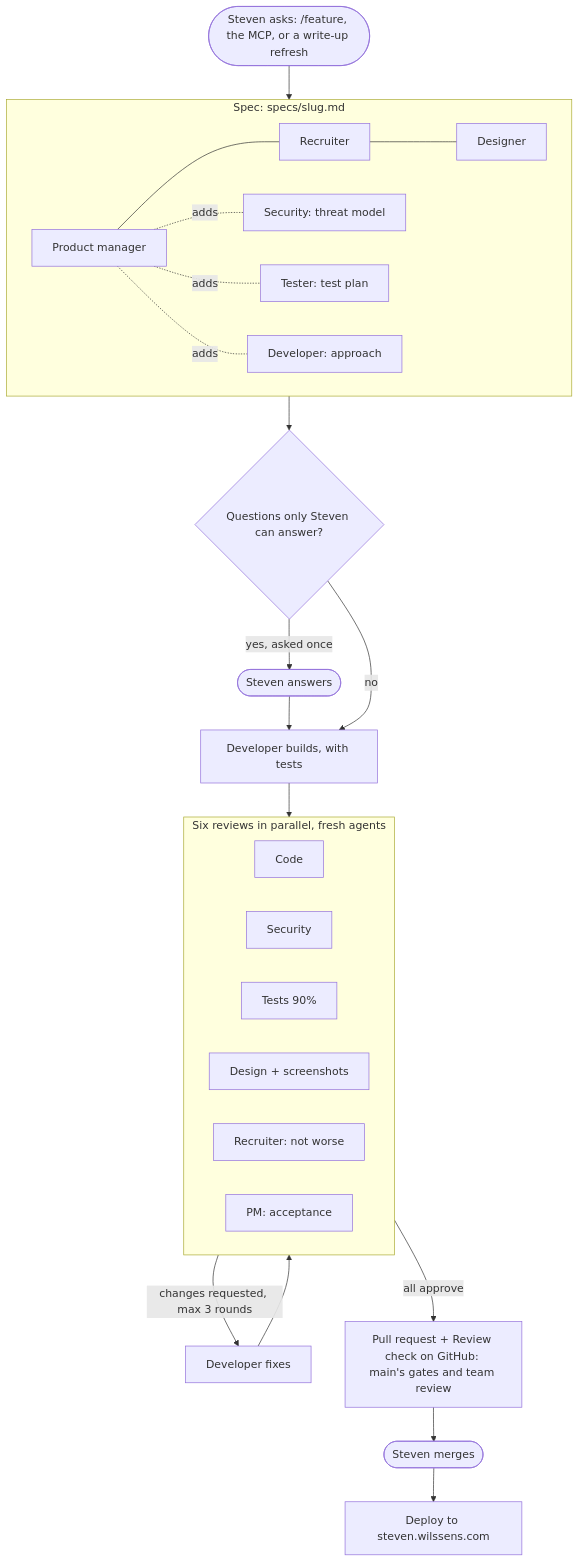
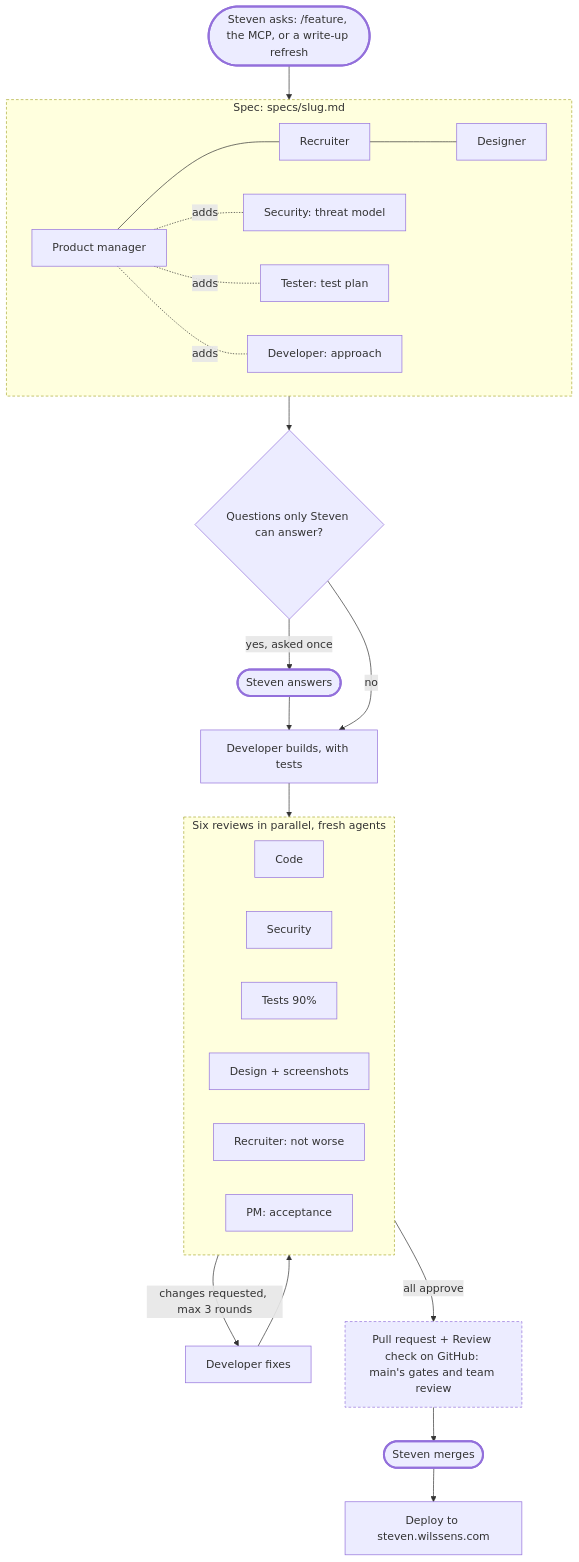
The diagram in .claude/team.md (stewils/stevenwilssens.com), drawn with Mermaid before and after one commit. The commit also changed 36 other files, not shown here.

First line of the commit message:
The admin has a Team page: the agent team as its files define it, with a diagram of the flow, and every change to it unread until Steven has seen it

````diff
--- a/.claude/team.md
+++ b/.claude/team.md
@@ -23,18 +23,33 @@
 ```mermaid
 flowchart TD
   ask([Steven asks: /feature, the MCP, or a write-up refresh]) --> spec
   subgraph spec [Spec: specs/slug.md]
     pm[Product manager] --- rec[Recruiter] --- des[Designer]
     pm -.adds.- sec[Security: threat model] & tst[Tester: test plan] & dev0[Developer: approach]
   end
   spec --> q{Questions only Steven can answer?}
   q -- yes, asked once --> steven1([Steven answers]) --> build
   q -- no --> build
   build[Developer builds, with tests] --> reviews
   subgraph reviews [Six reviews in parallel, fresh agents]
     r1[Code] & r2[Security] & r3[Tests 90%] & r4[Design + screenshots] & r5[Recruiter: not worse] & r6[PM: acceptance]
   end
   reviews -- changes requested, max 3 rounds --> fix[Developer fixes] --> reviews
   reviews -- all approve --> pr[Pull request + Review check on GitHub: main's gates and team review]
   pr --> merge([Steven merges]) --> deploy[Deploy to steven.wilssens.com]
+  classDef you stroke-width:3px
+  classDef gate stroke-dasharray:4 3
+  class ask,steven1,merge you
+  class spec,reviews,pr gate
+  %% The admin's Team page draws this chart (scripts/team-manifest.mjs): every numbered step
+  %% below is tied to its node; "you" is where Steven decides, "gate" where a change stops until it passes.
+  %% step 1: ask
+  %% step 2: spec
+  %% step 3: q
+  %% step 4: spec
+  %% step 5: build
+  %% step 6: reviews
+  %% step 7: fix
+  %% step 8: pr
+  %% step 9: merge
 ```
````
